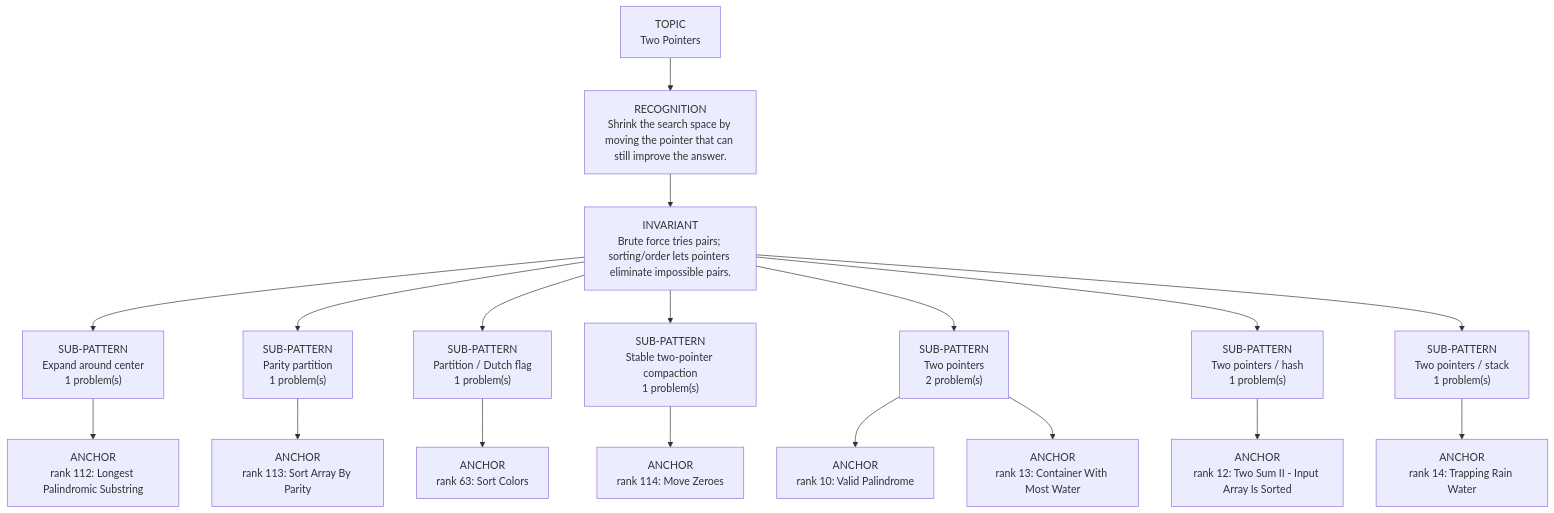
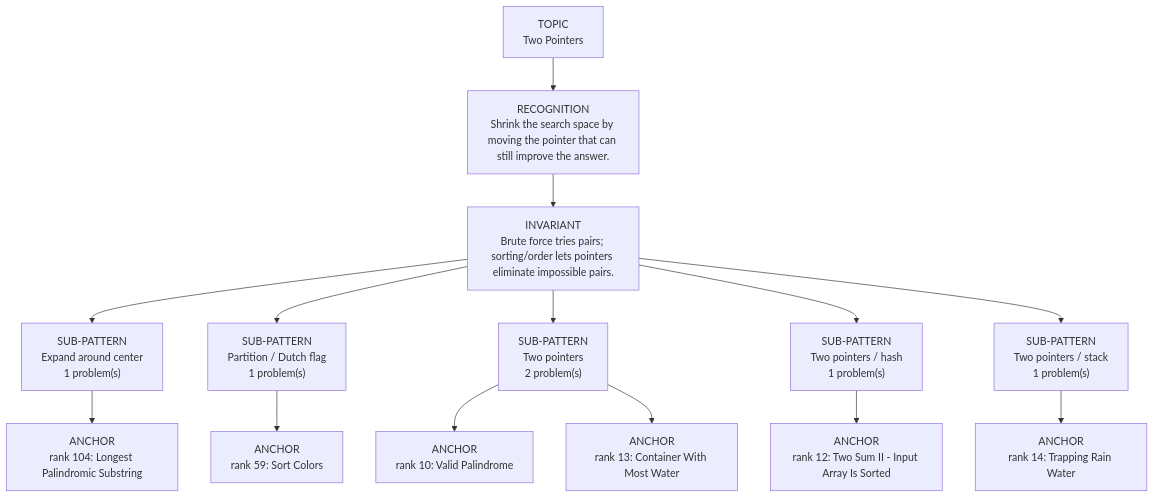
The diagram in dsa-review/interview/patterns/06_two_pointers.md (thechiranjeevjain/DSA10days), drawn with Mermaid before and after one commit. The commit also changed other lines of this file and 61 other files, not shown here.

````diff
--- a/dsa-review/interview/patterns/06_two_pointers.md
+++ b/dsa-review/interview/patterns/06_two_pointers.md
@@ -15,22 +15,18 @@
 ```mermaid
 flowchart TD
   Topic["TOPIC<br/>Two Pointers"]
   Recognition["RECOGNITION<br/>Shrink the search space by moving the pointer that can still improve the answer."]
   Invariant["INVARIANT<br/>Brute force tries pairs; sorting/order lets pointers eliminate impossible pairs."]
   Topic --> Recognition --> Invariant
   Invariant --> Sub01["SUB-PATTERN<br/>Expand around center<br/>1 problem(s)"]
-  Sub01 --> Sub01A01["ANCHOR<br/>rank 112: Longest Palindromic Substring"]
-  Invariant --> Sub02["SUB-PATTERN<br/>Parity partition<br/>1 problem(s)"]
-  Sub02 --> Sub02A01["ANCHOR<br/>rank 113: Sort Array By Parity"]
-  Invariant --> Sub03["SUB-PATTERN<br/>Partition / Dutch flag<br/>1 problem(s)"]
-  Sub03 --> Sub03A01["ANCHOR<br/>rank 63: Sort Colors"]
-  Invariant --> Sub04["SUB-PATTERN<br/>Stable two-pointer compaction<br/>1 problem(s)"]
-  Sub04 --> Sub04A01["ANCHOR<br/>rank 114: Move Zeroes"]
-  Invariant --> Sub05["SUB-PATTERN<br/>Two pointers<br/>2 problem(s)"]
-  Sub05 --> Sub05A01["ANCHOR<br/>rank 10: Valid Palindrome"]
-  Sub05 --> Sub05A02["ANCHOR<br/>rank 13: Container With Most Water"]
-  Invariant --> Sub06["SUB-PATTERN<br/>Two pointers / hash<br/>1 problem(s)"]
-  Sub06 --> Sub06A01["ANCHOR<br/>rank 12: Two Sum II - Input Array Is Sorted"]
-  Invariant --> Sub07["SUB-PATTERN<br/>Two pointers / stack<br/>1 problem(s)"]
-  Sub07 --> Sub07A01["ANCHOR<br/>rank 14: Trapping Rain Water"]
+  Sub01 --> Sub01A01["ANCHOR<br/>rank 104: Longest Palindromic Substring"]
+  Invariant --> Sub02["SUB-PATTERN<br/>Partition / Dutch flag<br/>1 problem(s)"]
+  Sub02 --> Sub02A01["ANCHOR<br/>rank 59: Sort Colors"]
+  Invariant --> Sub03["SUB-PATTERN<br/>Two pointers<br/>2 problem(s)"]
+  Sub03 --> Sub03A01["ANCHOR<br/>rank 10: Valid Palindrome"]
+  Sub03 --> Sub03A02["ANCHOR<br/>rank 13: Container With Most Water"]
+  Invariant --> Sub04["SUB-PATTERN<br/>Two pointers / hash<br/>1 problem(s)"]
+  Sub04 --> Sub04A01["ANCHOR<br/>rank 12: Two Sum II - Input Array Is Sorted"]
+  Invariant --> Sub05["SUB-PATTERN<br/>Two pointers / stack<br/>1 problem(s)"]
+  Sub05 --> Sub05A01["ANCHOR<br/>rank 14: Trapping Rain Water"]
 ```
````
